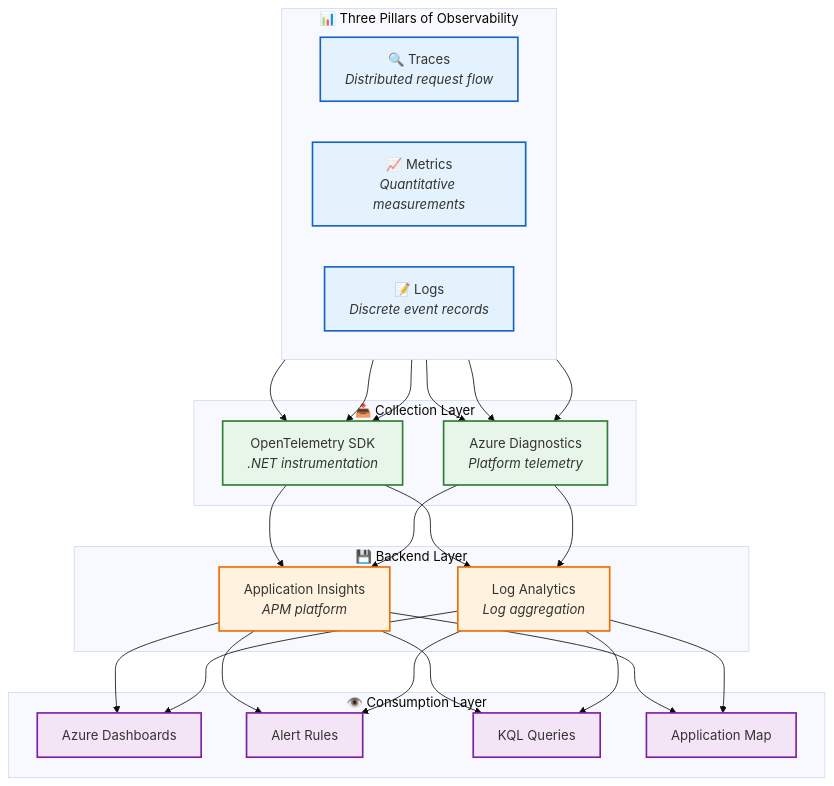
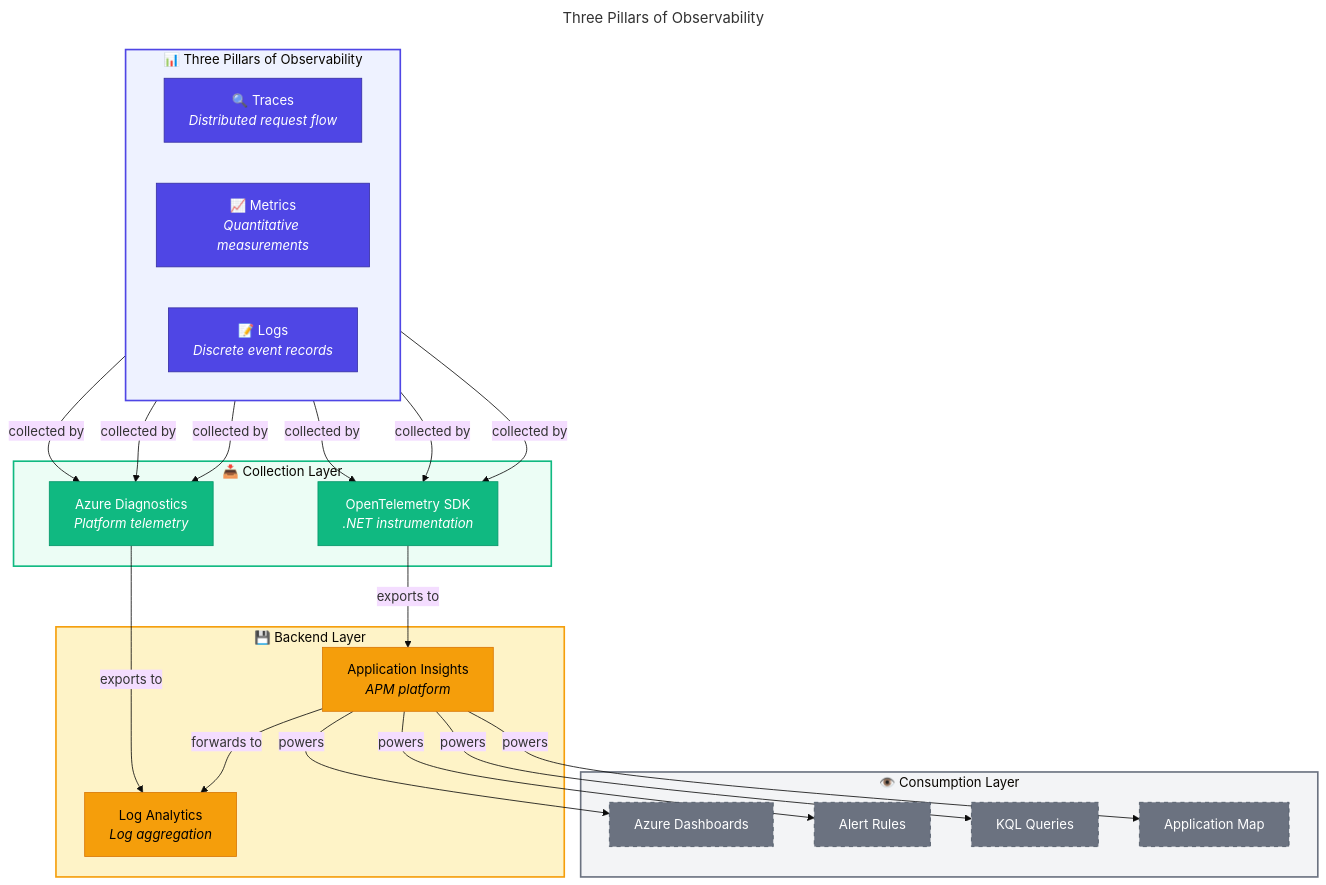
One commit to Evilazaro/Azure-LogicApps-Monitoring changed the first of 3 diagrams in docs/architecture/05-observability-architecture.md. Above: the diagram before and after it, drawn with Mermaid (base theme). The commit also changed other lines of this file, not shown here.

Commit message:
feat: Enhance observability architecture diagrams with improved structure, connections, and visual styles

````diff
--- a/docs/architecture/05-observability-architecture.md
+++ b/docs/architecture/05-observability-architecture.md
@@ -21,40 +21,66 @@
 ```mermaid
+---
+title: Three Pillars of Observability
+---
 flowchart TB
+    %% ===== THREE PILLARS =====
     subgraph Pillars["📊 Three Pillars of Observability"]
         direction LR
         Traces["🔍 Traces<br/><i>Distributed request flow</i>"]
         Metrics["📈 Metrics<br/><i>Quantitative measurements</i>"]
         Logs["📝 Logs<br/><i>Discrete event records</i>"]
     end
 
+    %% ===== COLLECTION LAYER =====
     subgraph Collection["📥 Collection Layer"]
         SDK["OpenTelemetry SDK<br/><i>.NET instrumentation</i>"]
         Agent["Azure Diagnostics<br/><i>Platform telemetry</i>"]
     end
 
+    %% ===== BACKEND LAYER =====
     subgraph Backend["💾 Backend Layer"]
         APM["Application Insights<br/><i>APM platform</i>"]
         LogStore["Log Analytics<br/><i>Log aggregation</i>"]
     end
 
+    %% ===== CONSUMPTION LAYER =====
     subgraph Consumption["👁️ Consumption Layer"]
         Dashboards["Azure Dashboards"]
         Alerts["Alert Rules"]
         Queries["KQL Queries"]
         AppMap["Application Map"]
     end
 
-    Traces & Metrics & Logs --> SDK & Agent
-    SDK & Agent --> APM & LogStore
-    APM & LogStore --> Dashboards & Alerts & Queries & AppMap
+    %% ===== CONNECTIONS =====
+    Traces -->|"collected by"| SDK
+    Metrics -->|"collected by"| SDK
+    Logs -->|"collected by"| SDK
+    Traces -->|"collected by"| Agent
+    Metrics -->|"collected by"| Agent
+    Logs -->|"collected by"| Agent
+    SDK -->|"exports to"| APM
+    Agent -->|"exports to"| LogStore
+    APM -->|"forwards to"| LogStore
+    APM -->|"powers"| Dashboards
+    APM -->|"powers"| Alerts
+    APM -->|"powers"| Queries
+    APM -->|"powers"| AppMap
 
-    classDef pillars fill:#e3f2fd,stroke:#1565c0,stroke-width:2px
-    classDef collection fill:#e8f5e9,stroke:#2e7d32,stroke-width:2px
-    classDef backend fill:#fff3e0,stroke:#ef6c00,stroke-width:2px
-    classDef consumption fill:#f3e5f5,stroke:#7b1fa2,stroke-width:2px
+    %% ===== STYLES - NODE CLASSES =====
+    classDef primary fill:#4F46E5,stroke:#3730A3,color:#FFFFFF
+    classDef secondary fill:#10B981,stroke:#059669,color:#FFFFFF
+    classDef datastore fill:#F59E0B,stroke:#D97706,color:#000000
+    classDef external fill:#6B7280,stroke:#4B5563,color:#FFFFFF,stroke-dasharray:5 5
 
-    class Traces,Metrics,Logs pillars
-    class SDK,Agent collection
-    class APM,LogStore backend
-    class Dashboards,Alerts,Queries,AppMap consumption
+    %% ===== CLASS ASSIGNMENTS =====
+    class Traces,Metrics,Logs primary
+    class SDK,Agent secondary
+    class APM,LogStore datastore
+    class Dashboards,Alerts,Queries,AppMap external
+
+    %% ===== SUBGRAPH STYLES =====
+    style Pillars fill:#EEF2FF,stroke:#4F46E5,stroke-width:2px
+    style Collection fill:#ECFDF5,stroke:#10B981,stroke-width:2px
+    style Backend fill:#FEF3C7,stroke:#F59E0B,stroke-width:2px
+    style Consumption fill:#F3F4F6,stroke:#6B7280,stroke-width:2px
 ```
````
